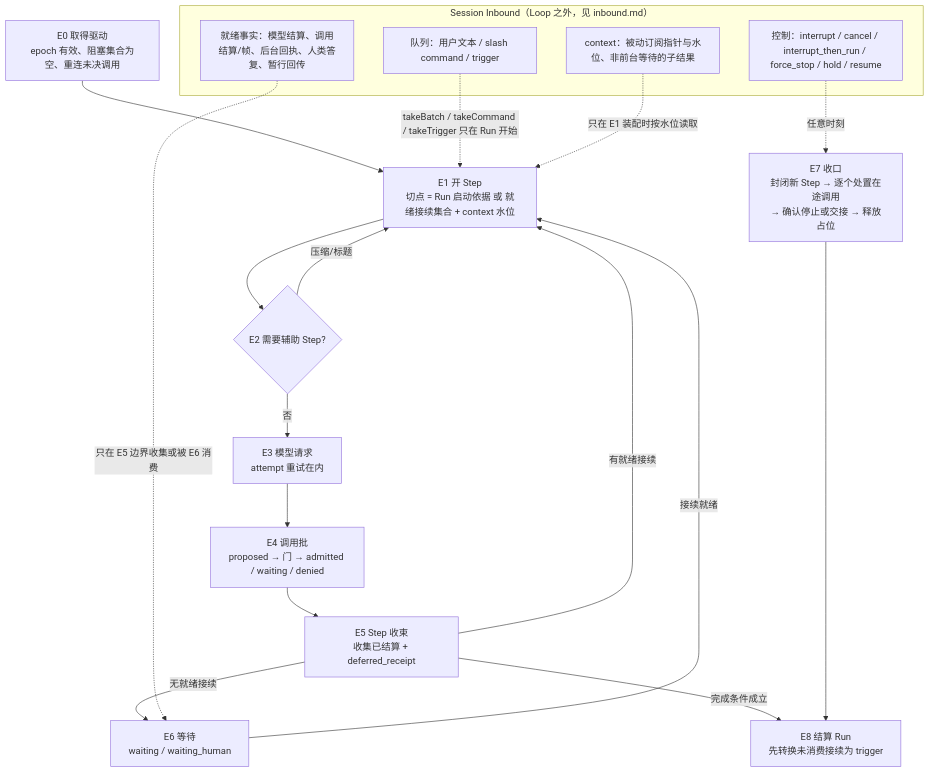
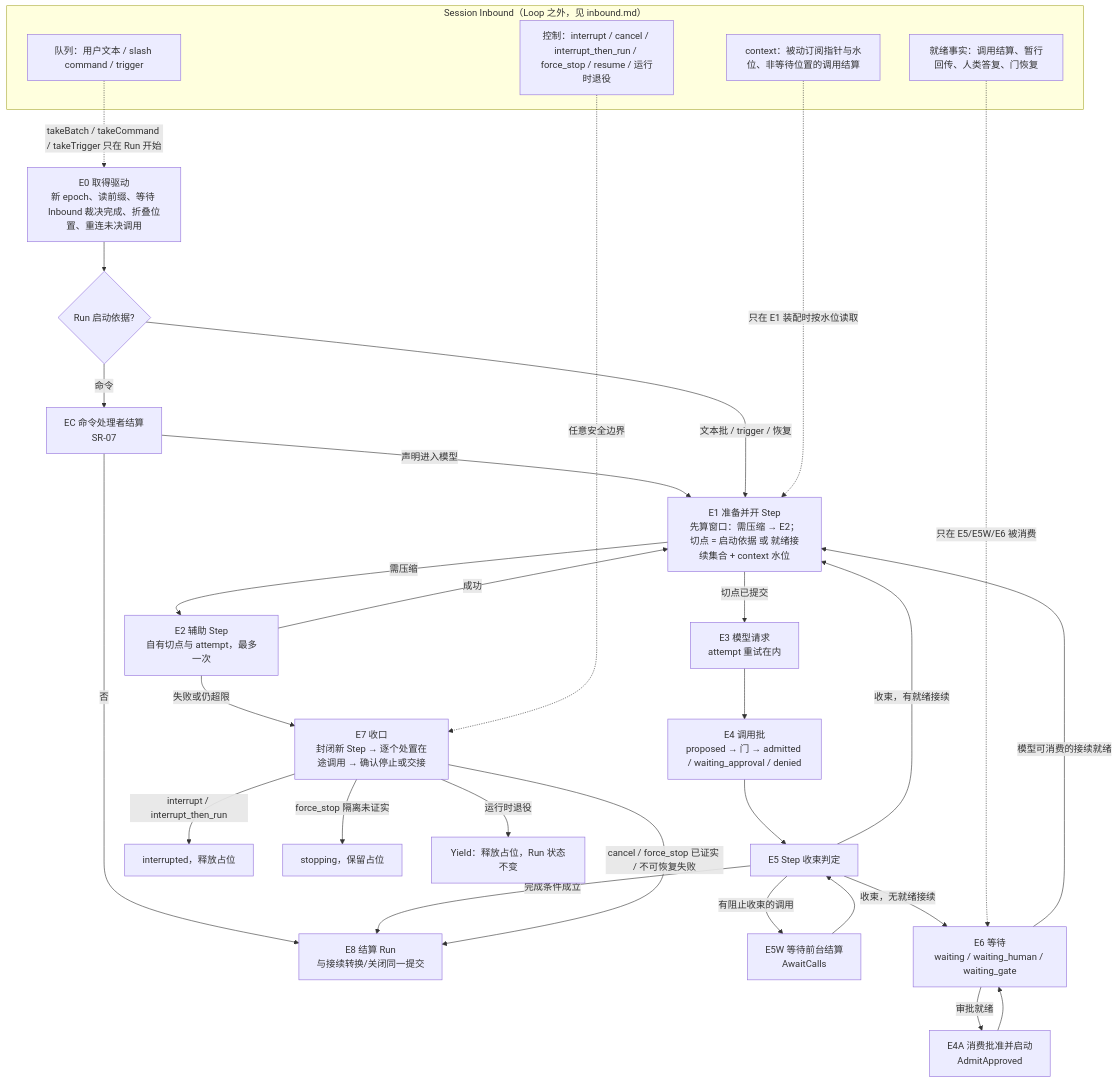
Before and after one commit to nemori-ai/omne-harness-lite: the diagram in docs/proposals/agent-loop-inbound/loop.md, drawn with Mermaid. The commit also changed other lines of this file and 4 other files, not shown here.

````diff
--- a/docs/proposals/agent-loop-inbound/loop.md
+++ b/docs/proposals/agent-loop-inbound/loop.md
@@ -32,24 +33,38 @@
 ```mermaid
 flowchart TB
     subgraph IN[Session Inbound（Loop 之外，见 inbound.md）]
       Q[队列：用户文本 / slash command / trigger]
-      F[就绪事实：模型结算、调用结算/帧、后台回执、人类答复、暂行回传]
-      X[context：被动订阅指针与水位、非前台等待的子结果]
-      C[控制：interrupt / cancel / interrupt_then_run / force_stop / hold / resume]
+      F[就绪事实：调用结算、暂行回传、人类答复、门恢复]
+      X[context：被动订阅指针与水位、非等待位置的调用结算]
+      C[控制：interrupt / cancel / interrupt_then_run / force_stop / resume / 运行时退役]
     end
-    E0[E0 取得驱动<br/>epoch 有效、阻塞集合为空、重连未决调用] --> E1
-    E1[E1 开 Step<br/>切点 = Run 启动依据 或 就绪接续集合 + context 水位] --> E2{E2 需要辅助 Step?}
-    E2 -- 压缩/标题 --> E1
-    E2 -- 否 --> E3[E3 模型请求<br/>attempt 重试在内]
-    E3 --> E4[E4 调用批<br/>proposed → 门 → admitted / waiting / denied]
-    E4 --> E5[E5 Step 收束<br/>收集已结算 + deferred_receipt]
-    E5 -- 有就绪接续 --> E1
-    E5 -- 无就绪接续 --> E6[E6 等待<br/>waiting / waiting_human]
-    E6 -- 接续就绪 --> E1
-    E5 -- 完成条件成立 --> E8[E8 结算 Run<br/>先转换未消费接续为 trigger]
-    E7[E7 收口<br/>封闭新 Step → 逐个处置在途调用<br/>→ 确认停止或交接 → 释放占位] --> E8
-    Q -. takeBatch / takeCommand / takeTrigger 只在 Run 开始 .-> E1
-    F -. 只在 E5 边界收集或被 E6 消费 .-> E6
+    E0[E0 取得驱动<br/>新 epoch、读前缀、等待 Inbound 裁决完成、折叠位置、重连未决调用] --> R{Run 启动依据?}
+    R -- 命令 --> EC[EC 命令处理者结算<br/>SR-07]
+    EC -- 声明进入模型 --> E1
+    EC -- 否 --> E8
+    R -- 文本批 / trigger / 恢复 --> E1
+    E1[E1 准备并开 Step<br/>先算窗口：需压缩 → E2；<br/>切点 = 启动依据 或 就绪接续集合 + context 水位]
+    E1 -- 需压缩 --> E2[E2 辅助 Step<br/>自有切点与 attempt，最多一次]
+    E2 -- 成功 --> E1
+    E2 -- 失败或仍超限 --> E7
+    E1 -- 切点已提交 --> E3[E3 模型请求<br/>attempt 重试在内]
+    E3 --> E4[E4 调用批<br/>proposed → 门 → admitted / waiting_approval / denied]
+    E4 --> E5[E5 Step 收束判定]
+    E5 -- 有阻止收束的调用 --> E5W[E5W 等待前台结算<br/>AwaitCalls]
+    E5W --> E5
+    E5 -- 收束，有就绪接续 --> E1
+    E5 -- 收束，无就绪接续 --> E6[E6 等待<br/>waiting / waiting_human / waiting_gate]
+    E6 -- 模型可消费的接续就绪 --> E1
+    E6 -- 审批就绪 --> E4A[E4A 消费批准并启动<br/>AdmitApproved]
+    E4A --> E6
+    E5 -- 完成条件成立 --> E8[E8 结算 Run<br/>与接续转换/关闭同一提交]
+    E7[E7 收口<br/>封闭新 Step → 逐个处置在途调用 → 确认停止或交接]
+    E7 -- interrupt / interrupt_then_run --> EI[interrupted，释放占位]
+    E7 -- force_stop 隔离未证实 --> ES[stopping，保留占位]
+    E7 -- cancel / force_stop 已证实 / 不可恢复失败 --> E8
+    E7 -- 运行时退役 --> EY[Yield：释放占位，Run 状态不变]
+    Q -. takeBatch / takeCommand / takeTrigger 只在 Run 开始 .-> E0
+    F -. 只在 E5/E5W/E6 被消费 .-> E6
     X -. 只在 E1 装配时按水位读取 .-> E1
-    C -. 任意时刻 .-> E7
+    C -. 任意安全边界 .-> E7
 ```
````
